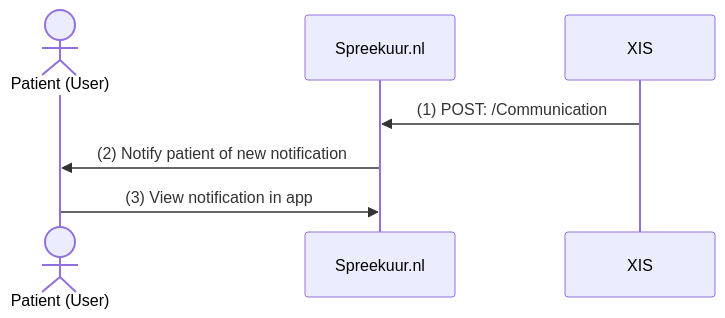
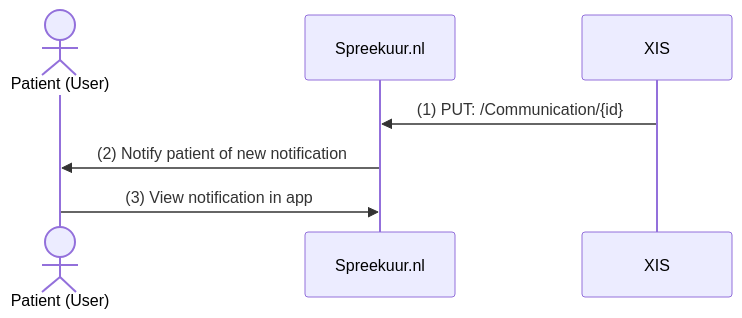
One commit to topicushealthcare/spreekuur-docs changed the diagram in docs/features/notification/notifications.md. Above: the diagram before and after it, drawn with Mermaid. The commit also changed other lines of this file and 1 other file, not shown here.

Commit message:
SPAT-129 - Update notification API to support PUT method and enhance documentation

````diff
--- a/docs/features/notification/notifications.md
+++ b/docs/features/notification/notifications.md
@@ -25,10 +39,10 @@
 ```mermaid
 sequenceDiagram
     actor Patient (User)
     participant Spreekuur.nl
     participant XIS
     
-    XIS->>Spreekuur.nl: (1) POST: /Communication
+    XIS->>Spreekuur.nl: (1) PUT: /Communication/{id}
     Spreekuur.nl->>Patient (User): (2) Notify patient of new notification
     Patient (User)->>Spreekuur.nl: (3) View notification in app
 ```
````
